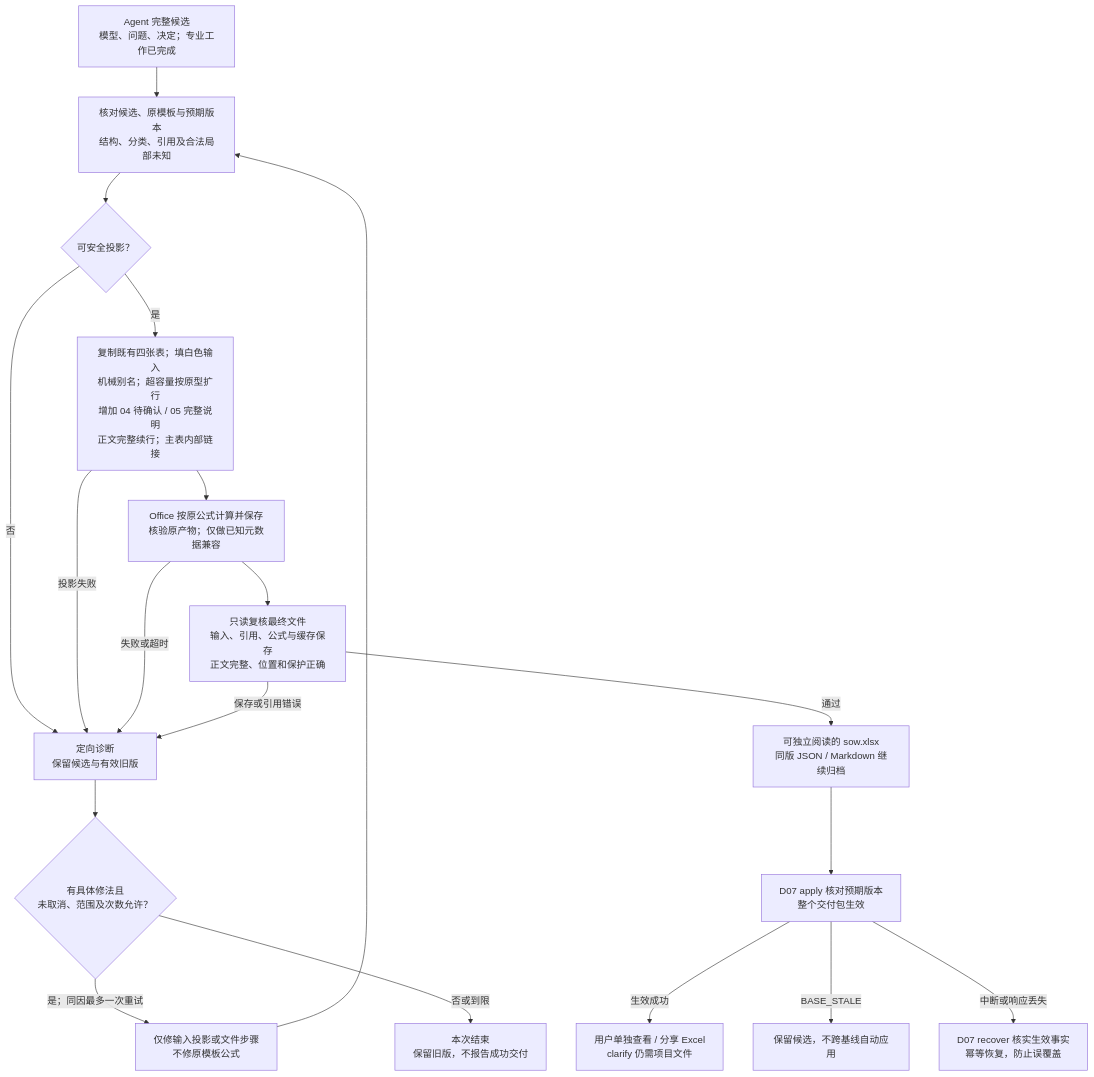
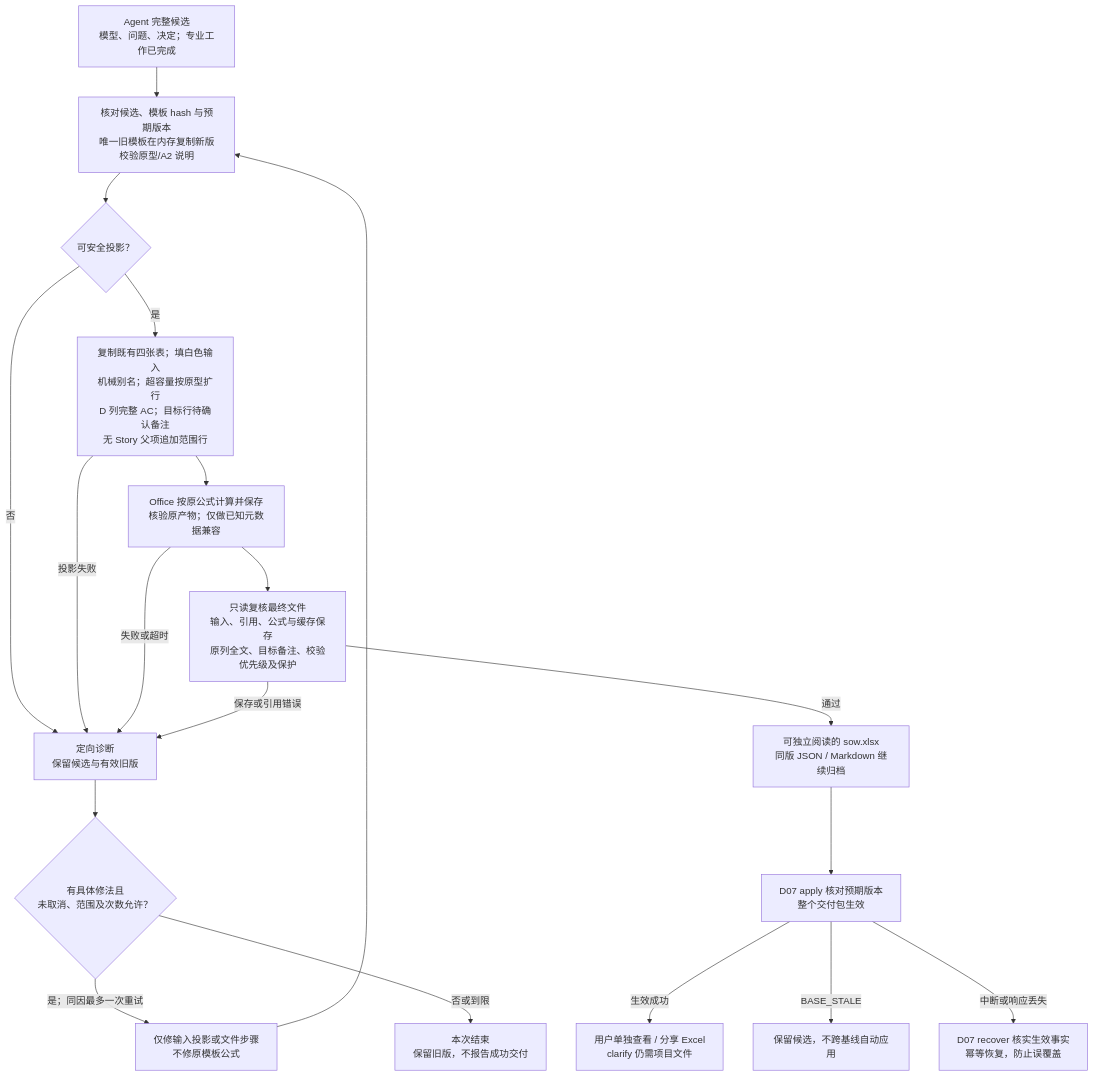
The diagram in plugins/ai-sow-lite/docs/design/detailed/D06-excel-projection-and-delivery.md (InspireChina/ai-plugin-marketplace), drawn with Mermaid before and after one commit. The commit also changed other lines of this file and 47 other files, not shown here.

````diff
--- a/plugins/ai-sow-lite/docs/design/detailed/D06-excel-projection-and-delivery.md
+++ b/plugins/ai-sow-lite/docs/design/detailed/D06-excel-projection-and-delivery.md
@@ -195,21 +187,21 @@
 ```mermaid
 flowchart TD
-    A["Agent 完整候选<br/>模型、问题、决定；专业工作已完成"] --> B["核对候选、原模板与预期版本<br/>结构、分类、引用及合法局部未知"]
+    A["Agent 完整候选<br/>模型、问题、决定；专业工作已完成"] --> B["核对候选、模板 hash 与预期版本<br/>唯一旧模板在内存复制新版校验原型/A2 说明"]
     B --> C{"可安全投影？"}
     C -->|否| F["定向诊断<br/>保留候选与有效旧版"]
-    C -->|是| D["复制既有四张表；填白色输入<br/>机械别名；超容量按原型扩行<br/>增加 04 待确认 / 05 完整说明<br/>正文完整续行；主表内部链接"]
+    C -->|是| D["复制既有四张表；填白色输入<br/>机械别名；超容量按原型扩行<br/>D 列完整 AC；目标行待确认备注<br/>无 Story 父项追加范围行"]
     D --> O["Office 按原公式计算并保存<br/>核验原产物；仅做已知元数据兼容"]
-    O --> V["只读复核最终文件<br/>输入、引用、公式与缓存保存<br/>正文完整、位置和保护正确"]
+    O --> V["只读复核最终文件<br/>输入、引用、公式与缓存保存<br/>原列全文、目标备注、校验优先级及保护"]
     D -->|投影失败| F
     O -->|失败或超时| F
     V -->|保存或引用错误| F
     F --> R{"有具体修法且<br/>未取消、范围及次数允许？"}
     R -->|是；同因最多一次重试| Q["仅修输入投影或文件步骤<br/>不修原模板公式"]
     Q --> B
     R -->|否或到限| E["本次结束<br/>保留旧版，不报告成功交付"]
     V -->|通过| P["可独立阅读的 sow.xlsx<br/>同版 JSON / Markdown 继续归档"]
     P --> S["D07 apply 核对预期版本<br/>整个交付包生效"]
     S -->|生效成功| U["用户单独查看 / 分享 Excel<br/>clarify 仍需项目文件"]
     S -->|BASE_STALE| K["保留候选，不跨基线自动应用"]
     S -->|中断或响应丢失| H["D07 recover 核实生效事实<br/>幂等恢复，防止误覆盖"]
 ```
````
